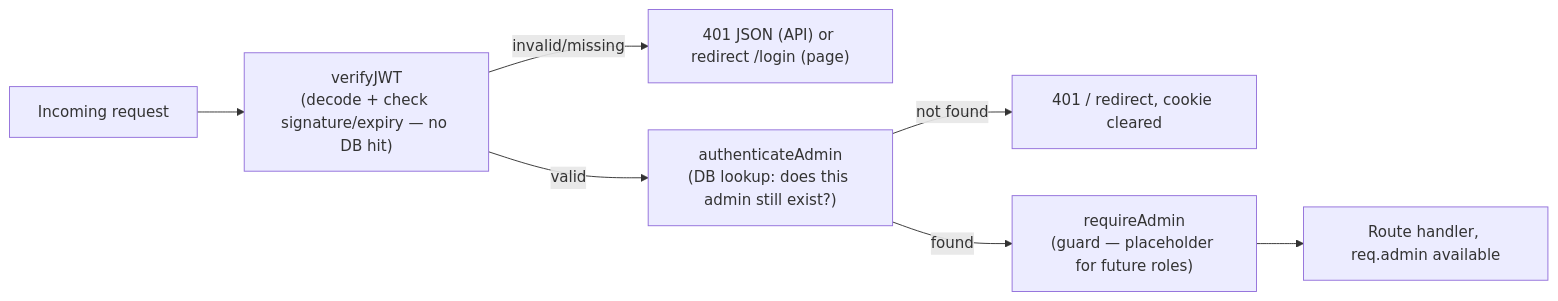
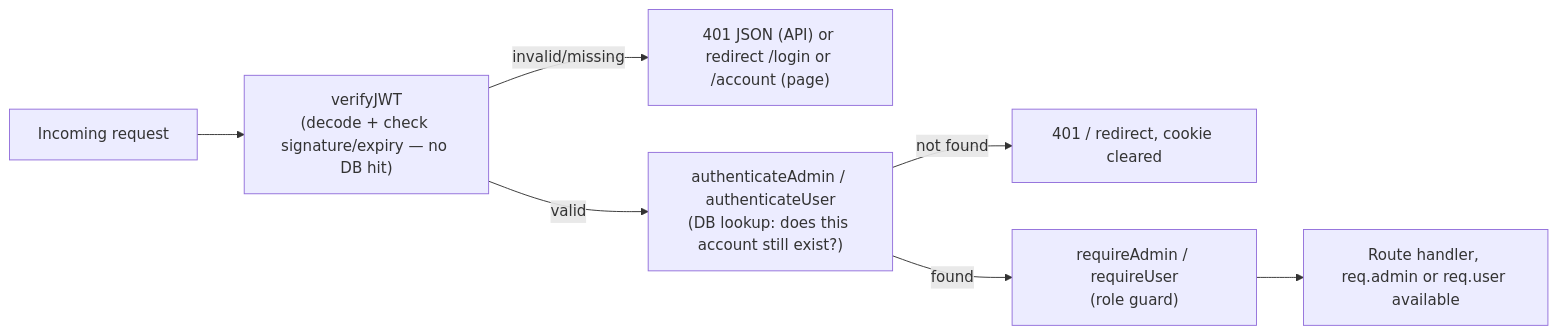
Before and after one commit to dipakpm59/url-shortener: the second of 2 diagrams in docs/SECURITY.md, drawn with Mermaid. The commit also changed other lines of this file and 10 other files, not shown here.

````diff
--- a/docs/SECURITY.md
+++ b/docs/SECURITY.md
@@ -50,9 +52,9 @@
 ```mermaid
 flowchart LR
     Req[Incoming request] --> V["verifyJWT<br/>(decode + check signature/expiry — no DB hit)"]
-    V -- invalid/missing --> R1["401 JSON (API) or redirect /login (page)"]
-    V -- valid --> A["authenticateAdmin<br/>(DB lookup: does this admin still exist?)"]
+    V -- invalid/missing --> R1["401 JSON (API) or redirect /login or /account (page)"]
+    V -- valid --> A["authenticateAdmin / authenticateUser<br/>(DB lookup: does this account still exist?)"]
     A -- not found --> R2[401 / redirect, cookie cleared]
-    A -- found --> G["requireAdmin<br/>(guard — placeholder for future roles)"]
-    G --> H[Route handler, req.admin available]
+    A -- found --> G["requireAdmin / requireUser<br/>(role guard)"]
+    G --> H[Route handler, req.admin or req.user available]
 ```
````
